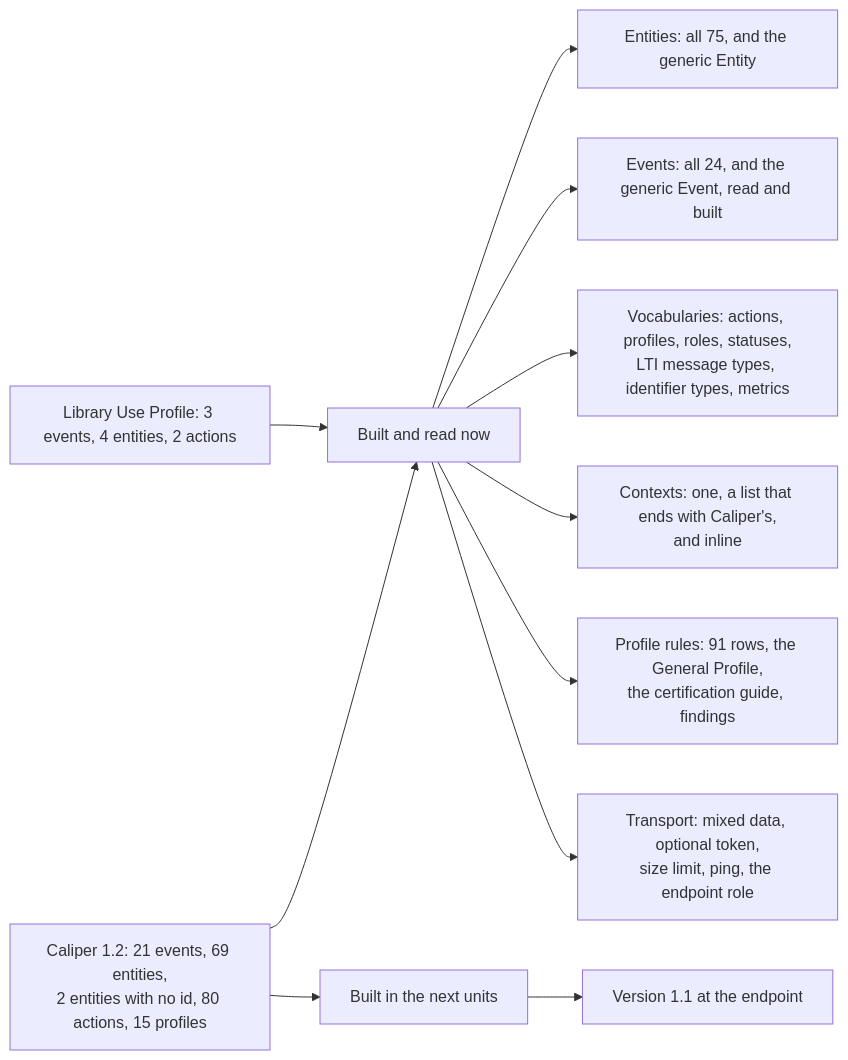
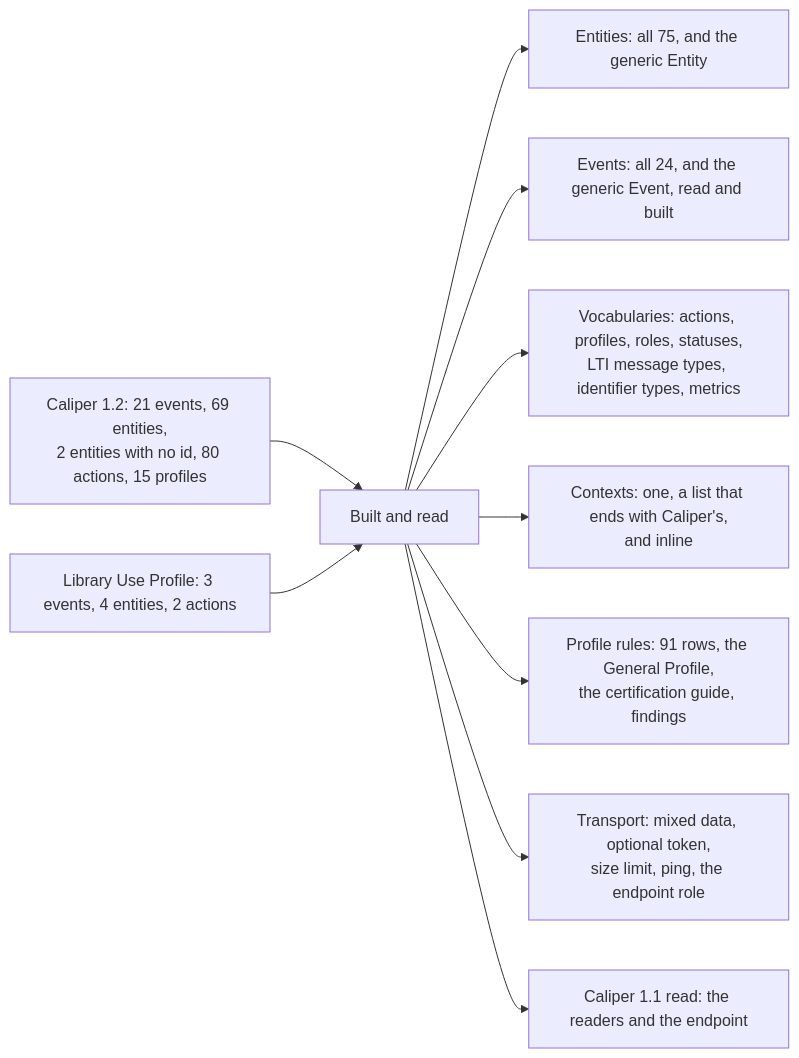
The diagram in docs/learning-analytics/supported.md (interopkit/interopkit), drawn with Mermaid before and after one commit. The commit also changed other lines of this file and 63 other files, not shown here.

First line of the commit message:
Read Caliper 1.1 documents and envelopes into the model of 1.2, and let an endpoint choose the versions it reads

````diff
--- a/docs/learning-analytics/supported.md
+++ b/docs/learning-analytics/supported.md
@@ -6,13 +6,12 @@
 ```mermaid
 flowchart LR
-  spec["Caliper 1.2: 21 events, 69 entities,<br/>2 entities with no id, 80 actions, 15 profiles"] --> have["Built and read now"]
-  spec --> next["Built in the next units"]
+  spec["Caliper 1.2: 21 events, 69 entities,<br/>2 entities with no id, 80 actions, 15 profiles"] --> have["Built and read"]
   lib["Library Use Profile: 3 events, 4 entities, 2 actions"] --> have
   have --> entityNode["Entities: all 75, and the generic Entity"]
   have --> eventNode["Events: all 24, and the generic Event, read and built"]
   have --> vocab["Vocabularies: actions, profiles, roles, statuses,<br/>LTI message types, identifier types, metrics"]
   have --> ctx["Contexts: one, a list that ends with Caliper's,<br/>and inline"]
   have --> prof["Profile rules: 91 rows, the General Profile,<br/>the certification guide, findings"]
   have --> wire["Transport: mixed data, optional token,<br/>size limit, ping, the endpoint role"]
-  next --> later["Version 1.1 at the endpoint"]
+  have --> v11["Caliper 1.1 read: the readers and the endpoint"]
 ```
````
